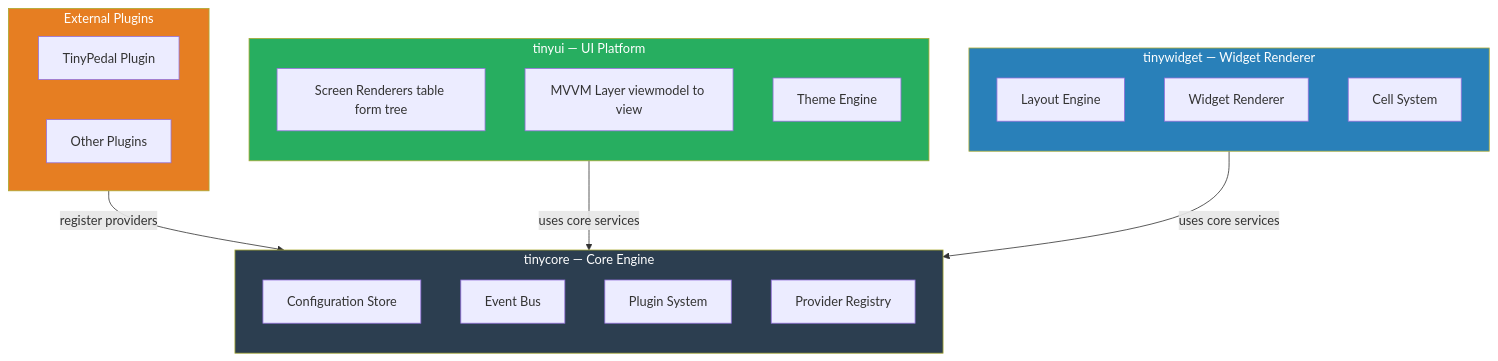
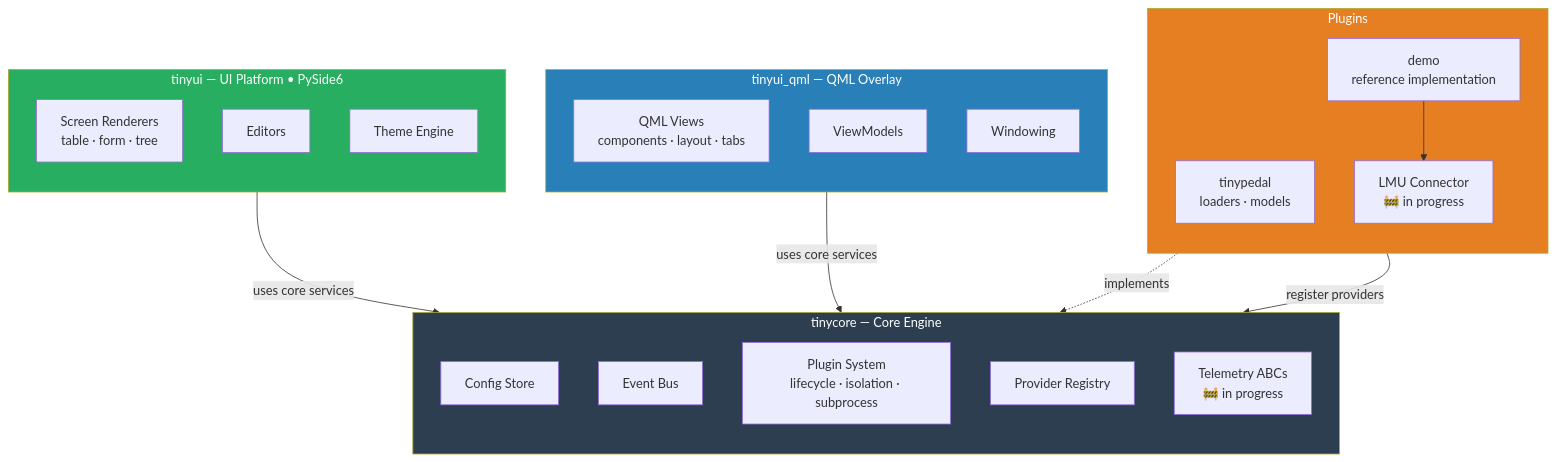
Before and after one commit to Oost-hash/TinyUi: the diagram in README.md, drawn with Mermaid. The commit also changed other lines of this file, not shown here.

Commit message:
update README: diagram naar huidige architectuur + sponsor badge
tinywidget → tinyui_qml, plugins uitgesplitst naar tinypedal/demo,
connector en telemetry ABCs toegevoegd als werk in uitvoering.
GitHub Sponsors badge toegevoegd.

````diff
--- a/README.md
+++ b/README.md
@@ -29,39 +30,44 @@
 ```mermaid
 graph TB
 
     subgraph Core["tinycore — Core Engine"]
         direction TB
-        store[Configuration Store]
+        store[Config Store]
         bus[Event Bus]
-        pluginsys[Plugin System]
+        pluginsys[Plugin System\nlifecycle · isolation · subprocess]
         providers[Provider Registry]
+        telemetry[Telemetry ABCs\n🚧 in progress]
     end
 
-    subgraph UI["tinyui — UI Platform"]
+    subgraph UI["tinyui — UI Platform  •  PySide6"]
         direction TB
-        screens[Screen Renderers table form tree]
-        mvvm[MVVM Layer viewmodel to view]
+        screens[Screen Renderers\ntable · form · tree]
+        editors[Editors]
         theme[Theme Engine]
     end
 
-    subgraph Widget["tinywidget — Widget Renderer"]
+    subgraph QML["tinyui_qml — QML Overlay"]
         direction TB
-        layout[Layout Engine]
-        renderer[Widget Renderer]
-        cells[Cell System]
+        qmlviews[QML Views\ncomponents · layout · tabs]
+        viewmodels[ViewModels]
+        windowing[Windowing]
     end
 
-    subgraph Plugins["External Plugins"]
-        tp[TinyPedal Plugin]
-        other[Other Plugins]
+    subgraph Plugins["Plugins"]
+        direction TB
+        tp[tinypedal\nloaders · models]
+        demo[demo\nreference implementation]
+        connector[LMU Connector\n🚧 in progress]
     end
 
     Plugins -->|register providers| Core
     UI -->|uses core services| Core
-    Widget -->|uses core services| Core
+    QML -->|uses core services| Core
+    demo --> connector
+    connector -.->|implements| telemetry
 
     style Core fill:#2c3e50,color:#fff
     style UI fill:#27ae60,color:#fff
-    style Widget fill:#2980b9,color:#fff
+    style QML fill:#2980b9,color:#fff
     style Plugins fill:#e67e22,color:#fff
 ```
````
